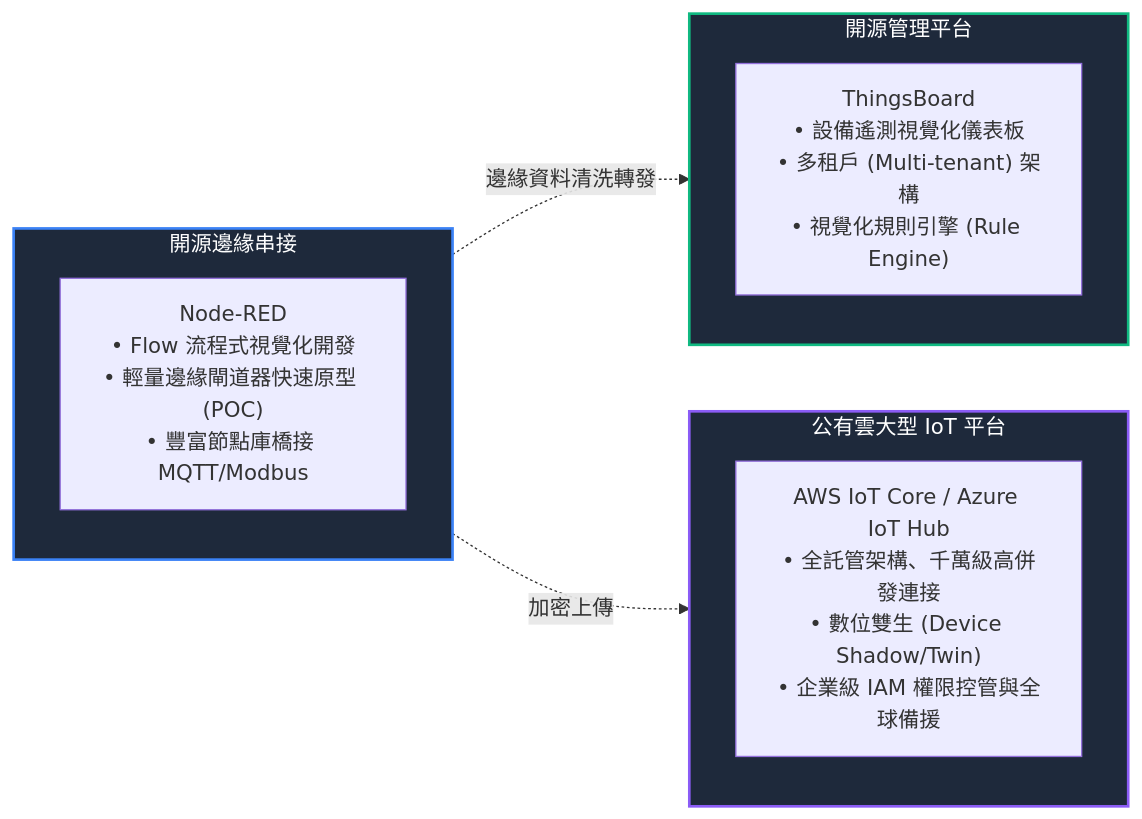
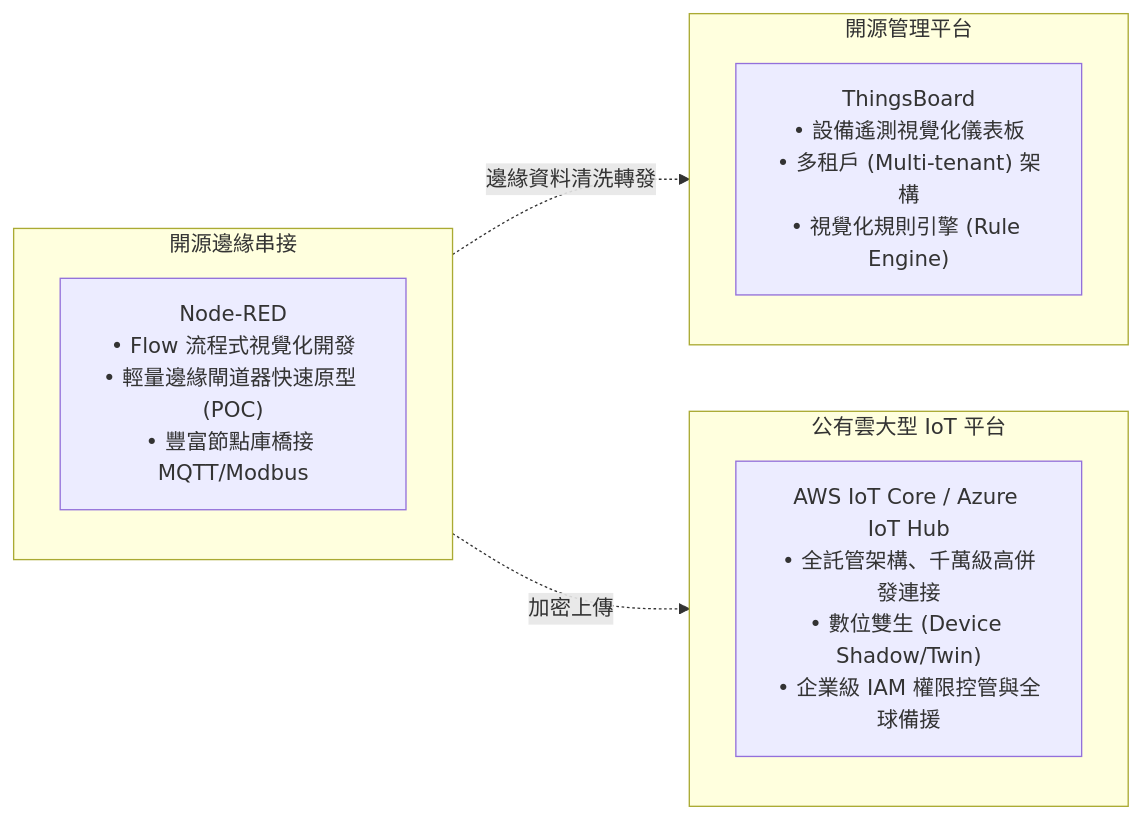
One commit to ta-lang/iPAS_Test changed the fourth of 5 diagrams in exam/notes/aiot/s1_AIoT基礎概論/L112_AIoT基礎與架構.md. Above: the diagram before and after it, drawn with Mermaid. The commit also changed other lines of this file and 16 other files, not shown here.

Commit message:
fix(mermaid): remove hardcoded styles, add high-contrast theme CSS, and forbid color styling in SOP

````diff
--- a/exam/notes/aiot/s1_AIoT基礎概論/L112_AIoT基礎與架構.md
+++ b/exam/notes/aiot/s1_AIoT基礎概論/L112_AIoT基礎與架構.md
@@ -259,21 +236,18 @@
 ```mermaid
 flowchart LR
     subgraph P1["開源邊緣串接"]
         N1["Node-RED<br>• Flow 流程式視覺化開發<br>• 輕量邊緣閘道器快速原型 (POC)<br>• 豐富節點庫橋接 MQTT/Modbus"]
     end
 
     subgraph P2["開源管理平台"]
         N2["ThingsBoard<br>• 設備遙測視覺化儀表板<br>• 多租戶 (Multi-tenant) 架構<br>• 視覺化規則引擎 (Rule Engine)"]
     end
 
     subgraph P3["公有雲大型 IoT 平台"]
         N3["AWS IoT Core / Azure IoT Hub<br>• 全託管架構、千萬級高併發連接<br>• 數位雙生 (Device Shadow/Twin)<br>• 企業級 IAM 權限控管與全球備援"]
     end
 
     P1 -.->|"邊緣資料清洗轉發"| P2
     P1 -.->|"加密上傳"| P3
 
-    style P1 fill:#1e293b,stroke:#3b82f6,stroke-width:2px,color:#fff
-    style P2 fill:#1e293b,stroke:#10b981,stroke-width:2px,color:#fff
-    style P3 fill:#1e293b,stroke:#8b5cf6,stroke-width:2px,color:#fff
 ```
````
